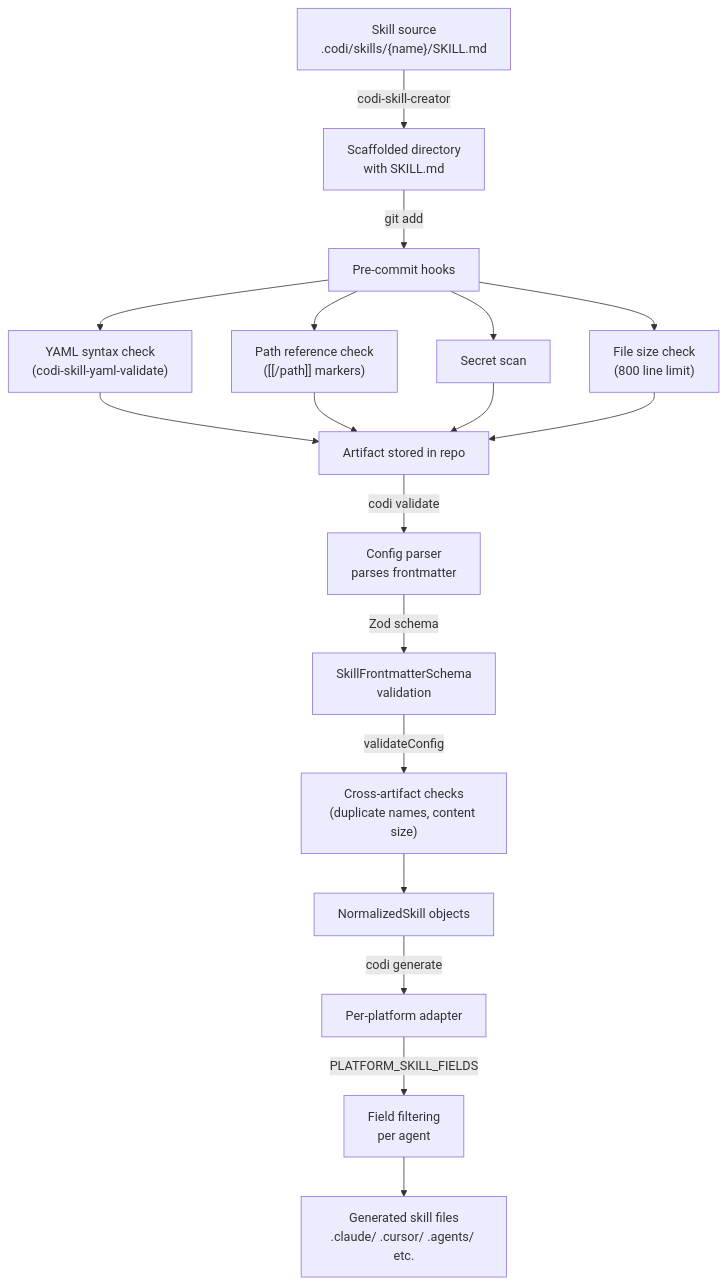
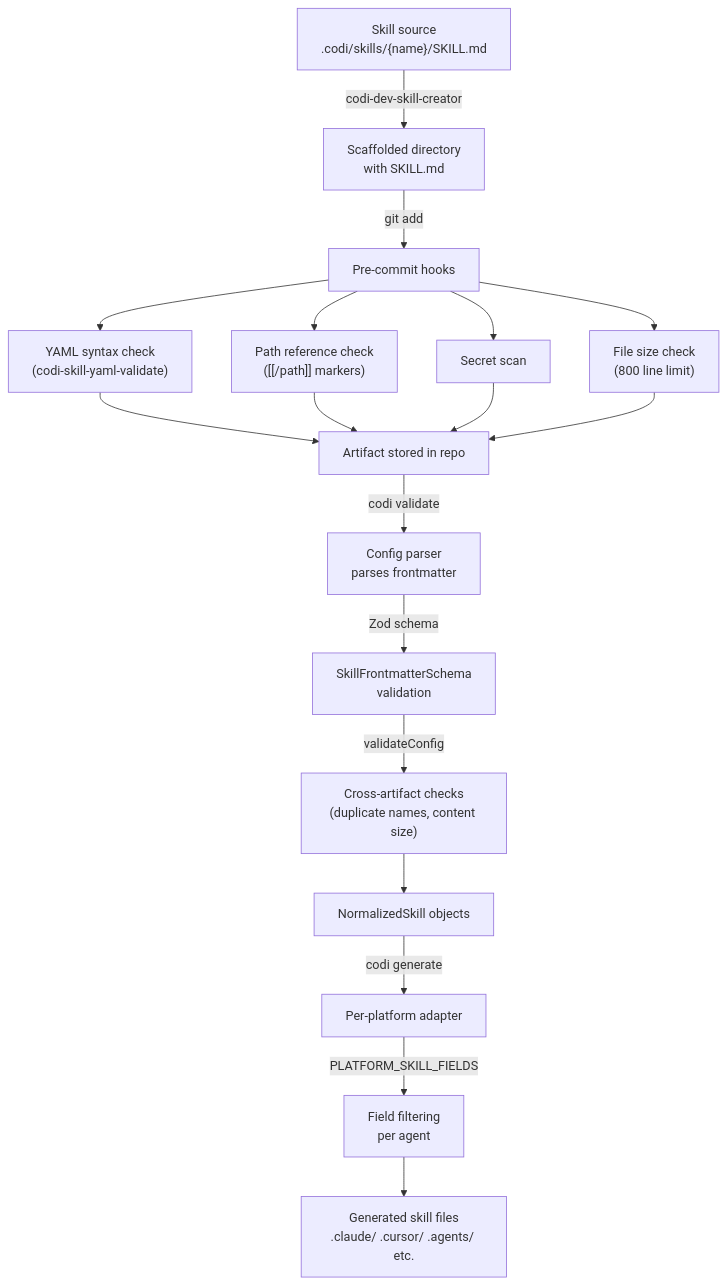
Before and after one commit to lehidalgo/codi: the first of 2 diagrams in docs/20260405_092702_[AUDIT]_skill-compatibility-validation.md, drawn with Mermaid. The commit also changed other lines of this file and 332 other files, not shown here.

````diff
--- a/docs/20260405_092702_[AUDIT]_skill-compatibility-validation.md
+++ b/docs/20260405_092702_[AUDIT]_skill-compatibility-validation.md
@@ -82,17 +83,17 @@
 ```mermaid
 graph TD
-    A["Skill source\n.codi/skills/{name}/SKILL.md"] -->|codi-skill-creator| B["Scaffolded directory\nwith SKILL.md"]
+    A["Skill source\n.codi/skills/{name}/SKILL.md"] -->|codi-dev-skill-creator| B["Scaffolded directory\nwith SKILL.md"]
     B -->|git add| C["Pre-commit hooks"]
     C --> D1["YAML syntax check\n(codi-skill-yaml-validate)"]
     C --> D2["Path reference check\n([[/path]] markers)"]
     C --> D3["Secret scan"]
     C --> D4["File size check\n(800 line limit)"]
     D1 & D2 & D3 & D4 --> E["Artifact stored in repo"]
     E -->|codi validate| F["Config parser\nparses frontmatter"]
     F -->|Zod schema| G["SkillFrontmatterSchema\nvalidation"]
     G -->|validateConfig| H["Cross-artifact checks\n(duplicate names, content size)"]
     H --> I["NormalizedSkill objects"]
     I -->|codi generate| J["Per-platform adapter"]
     J -->|PLATFORM_SKILL_FIELDS| K["Field filtering\nper agent"]
     K --> L["Generated skill files\n.claude/ .cursor/ .agents/ etc."]
 ```
````
